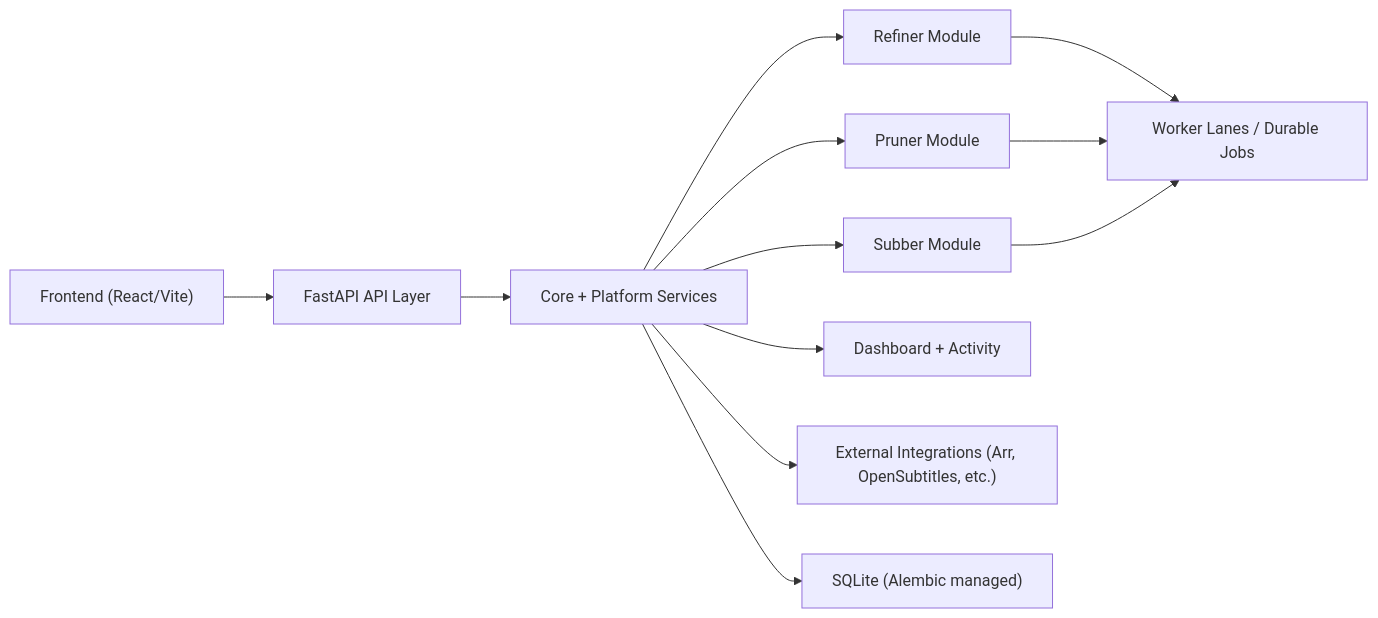
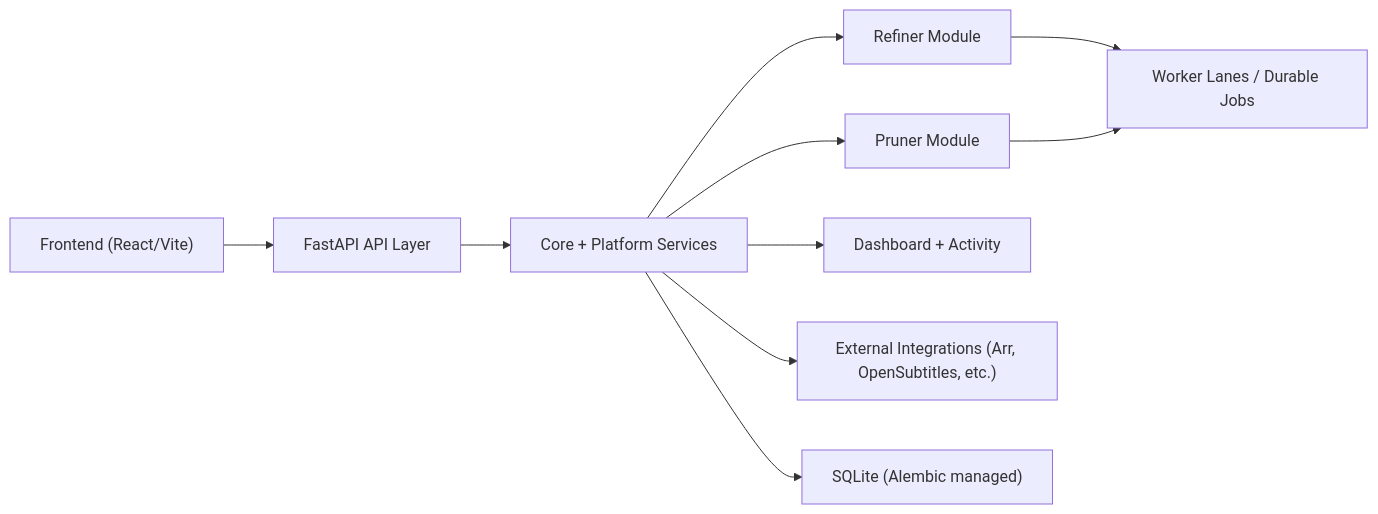
The first of 2 diagrams in ARCHITECTURE.md (jampat000/MediaMop), drawn with Mermaid before and after one commit. The commit also changed other lines of this file and 185 other files, not shown here.

````diff
--- a/ARCHITECTURE.md
+++ b/ARCHITECTURE.md
@@ -26,14 +25,12 @@
 ```mermaid
 flowchart LR
   UI["Frontend (React/Vite)"] --> API["FastAPI API Layer"]
   API --> Core["Core + Platform Services"]
   Core --> Refiner["Refiner Module"]
   Core --> Pruner["Pruner Module"]
-  Core --> Subber["Subber Module"]
   Core --> Dashboard["Dashboard + Activity"]
   Core --> Integrations["External Integrations (Arr, OpenSubtitles, etc.)"]
   Core --> DB["SQLite (Alembic managed)"]
   Refiner --> Lanes["Worker Lanes / Durable Jobs"]
   Pruner --> Lanes
-  Subber --> Lanes
 ```
````
